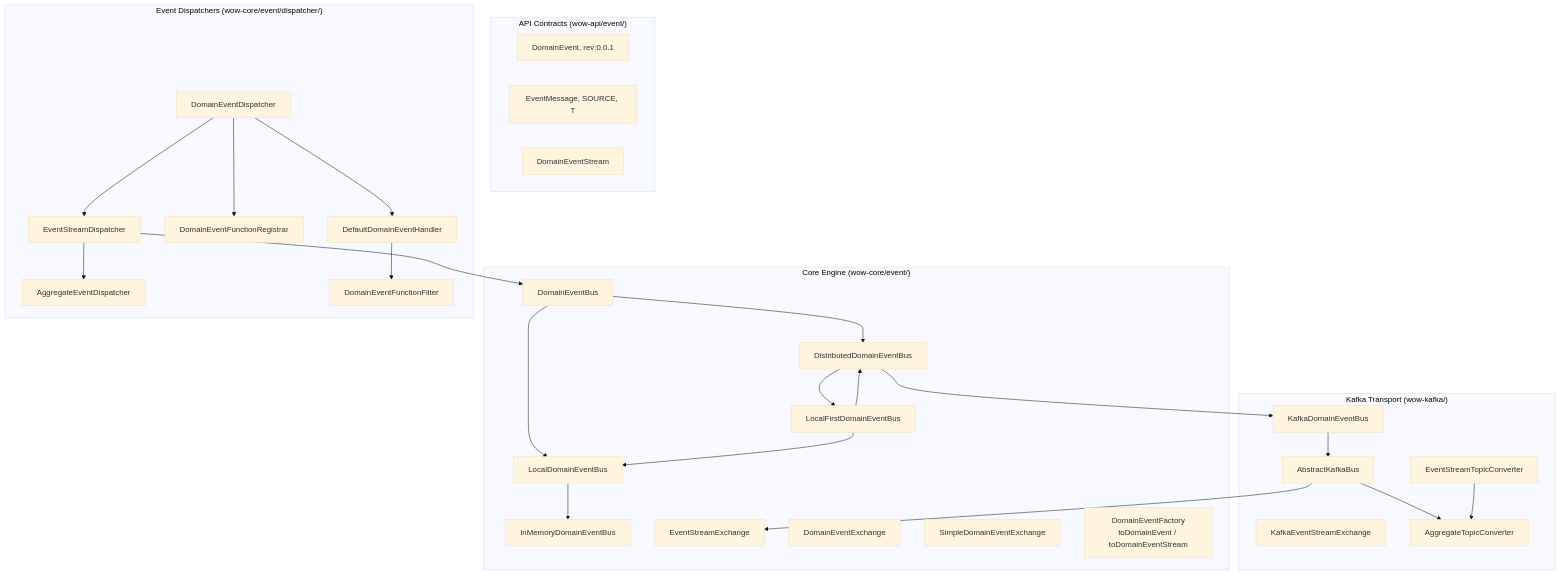
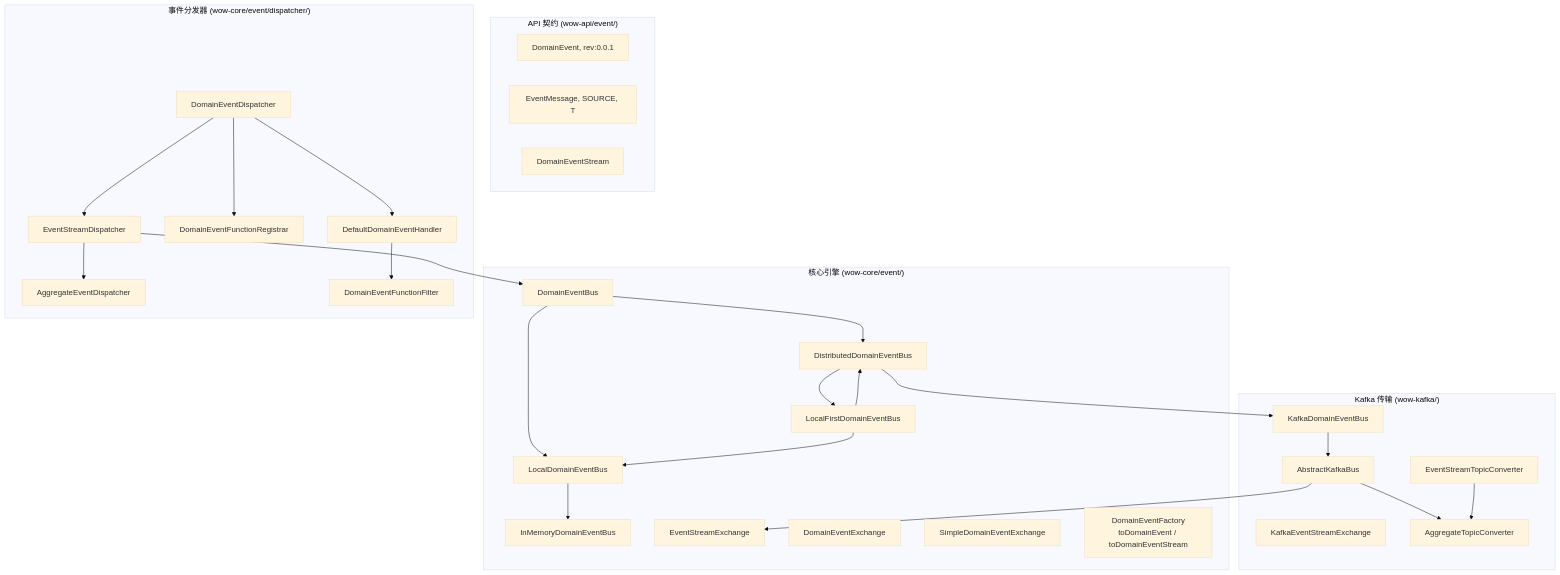
The first of 5 diagrams in documentation/docs/zh/guide/advanced/event-bus.md (Ahoo-Wang/Wow), drawn with Mermaid (base theme) before and after one commit. The commit also changed other lines of this file and 11 other files, not shown here.

````diff
--- a/documentation/docs/zh/guide/advanced/event-bus.md
+++ b/documentation/docs/zh/guide/advanced/event-bus.md
@@ -15,59 +15,59 @@
 ```mermaid
 graph TB
-    subgraph Contracts["API Contracts (wow-api/event/)"]
+    subgraph Contracts["API 契约 (wow-api/event/)"]
         DE[DomainEvent, rev:0.0.1]
         EM[EventMessage, SOURCE, T]
         ES[DomainEventStream]
     end
 
-    subgraph Core["Core Engine (wow-core/event/)"]
+    subgraph Core["核心引擎 (wow-core/event/)"]
         DB[DomainEventBus]
         LDB[LocalDomainEventBus]
         DDB[DistributedDomainEventBus]
         LFDB[LocalFirstDomainEventBus]
         IMDB[InMemoryDomainEventBus]
         ESE[EventStreamExchange]
         DEE[DomainEventExchange]
         SEF[SimpleDomainEventExchange]
         EF[DomainEventFactory<br>toDomainEvent / toDomainEventStream]
 
         DB --> LDB
         DB --> DDB
         LDB --> IMDB
         DDB --> LFDB
         LFDB --> DDB
         LFDB --> LDB
     end
 
-    subgraph Kafka["Kafka Transport (wow-kafka/)"]
+    subgraph Kafka["Kafka 传输 (wow-kafka/)"]
         KDB[KafkaDomainEventBus]
         KESE[KafkaEventStreamExchange]
         ABK[AbstractKafkaBus]
         ATC[AggregateTopicConverter]
         ETC[EventStreamTopicConverter]
 
         KDB --> ABK
         ABK --> ATC
         ETC --> ATC
     end
 
-    subgraph Dispatchers["Event Dispatchers (wow-core/event/dispatcher/)"]
+    subgraph Dispatchers["事件分发器 (wow-core/event/dispatcher/)"]
         DED[DomainEventDispatcher]
         ESD[EventStreamDispatcher]
         AED[AggregateEventDispatcher]
         DFR[DomainEventFunctionRegistrar]
         DEH[DefaultDomainEventHandler]
         DFF[DomainEventFunctionFilter]
 
         DED --> ESD
         ESD --> AED
         DED --> DFR
         DED --> DEH
         DEH --> DFF
     end
 
     DDB --> KDB
     ABK --> ESE
     ESD --> DB
 
 ```
````
